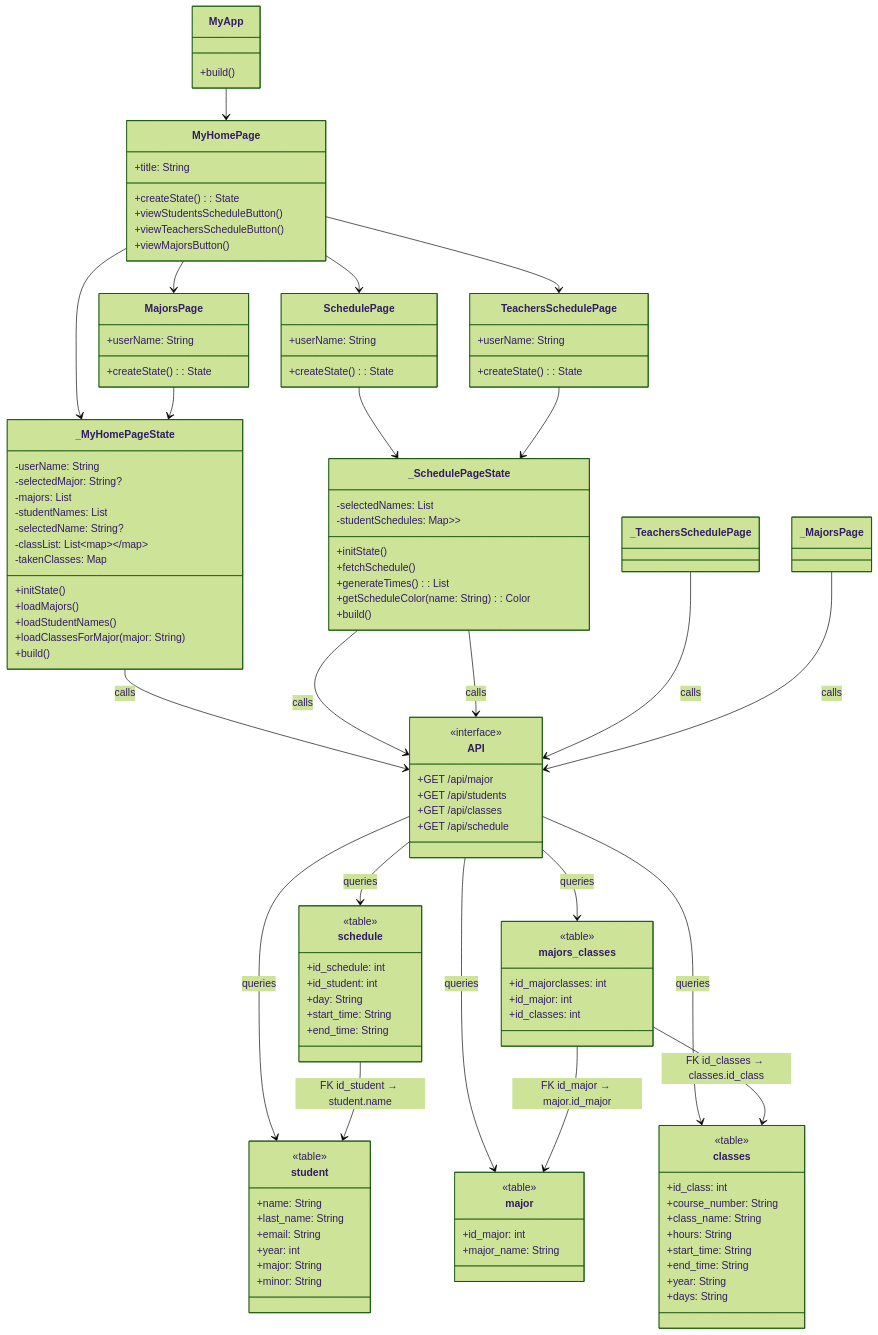
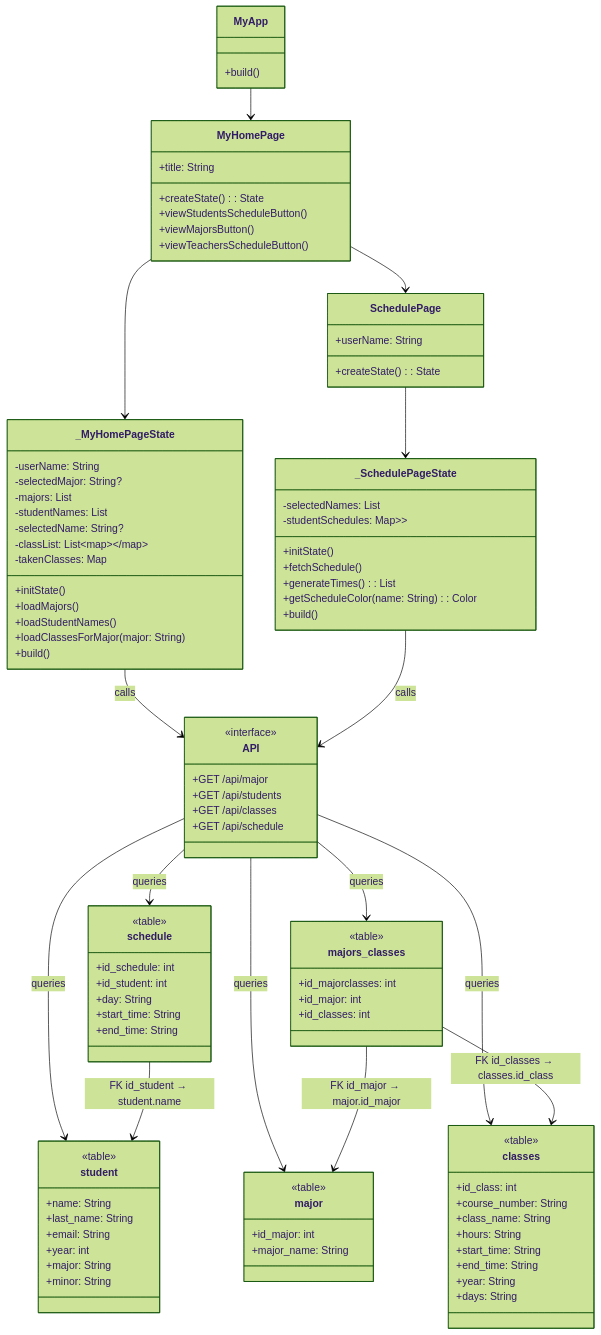
Before and after one commit to Isahepi/SchedulingClasses: the diagram in README1.md, drawn with Mermaid (forest theme).

Commit message:
Update README1.md
new diagram 5

````diff
--- a/README1.md
+++ b/README1.md
@@ -21,8 +21,8 @@
         +title: String
         +createState(): State
         +viewStudentsScheduleButton()
+        +viewMajorsButton()
         +viewTeachersScheduleButton()
-        +viewMajorsButton()
     }
 
     class _MyHomePageState {
@@ -41,14 +41,6 @@
     }
 
     class SchedulePage {
-        +userName: String
-        +createState(): State
-    }
-    class TeachersSchedulePage {
-        +userName: String
-        +createState(): State
-    }
-    class MajorsPage {
         +userName: String
         +createState(): State
     }
@@ -120,18 +112,11 @@
     MyApp --> MyHomePage
     MyHomePage --> _MyHomePageState
     MyHomePage --> SchedulePage
-    MyHomePage --> TeachersSchedulePage
-    MyHomePage --> MajorsPage
 
     SchedulePage --> _SchedulePageState
-    TeachersSchedulePage --> _SchedulePageState
-    MajorsPage --> _MyHomePageState
 
     _MyHomePageState --> API : calls
     _SchedulePageState --> API : calls
-    _SchedulePageState --> API : calls
-    _TeachersSchedulePage --> API : calls
-    _MajorsPage --> API : calls
 
     %% API to DB Queries
     API --> student : queries
@@ -145,4 +130,5 @@
     majors_classes --> major : FK id_major → major.id_major
     majors_classes --> classes : FK id_classes → classes.id_class
 
+
 ```
````
